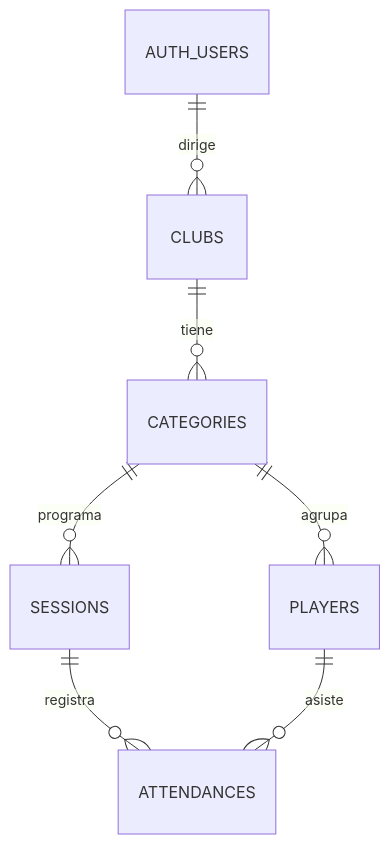
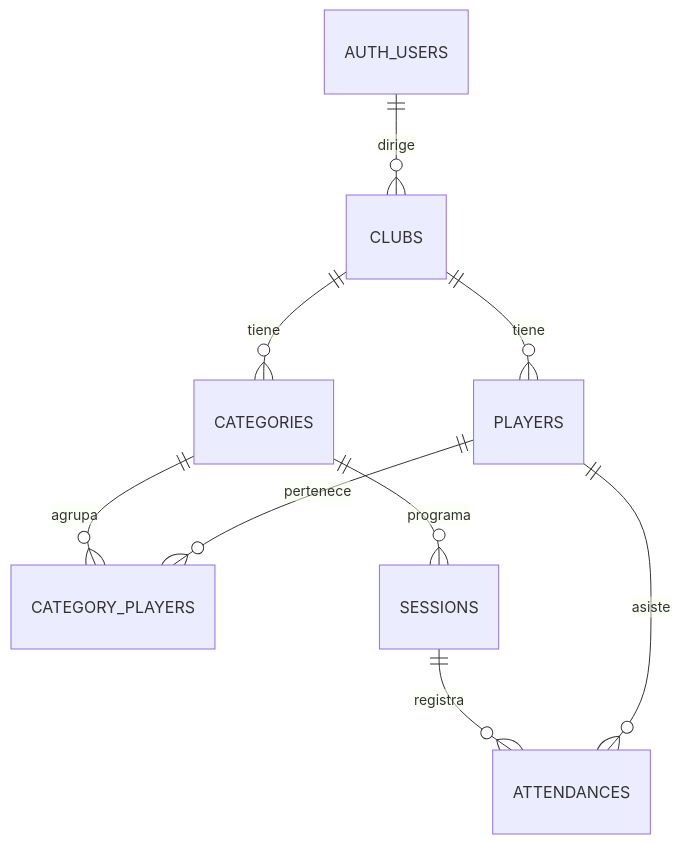
The first of 2 diagrams in docs/PRD.md (Stack-dos/asistencia-coach-basquet), drawn with Mermaid before and after one commit. The commit also changed other lines of this file, not shown here.

````diff
--- a/docs/PRD.md
+++ b/docs/PRD.md
@@ -173,9 +145,11 @@
 ```mermaid
 erDiagram
     AUTH_USERS ||--o{ CLUBS : dirige
     CLUBS ||--o{ CATEGORIES : tiene
-    CATEGORIES ||--o{ PLAYERS : agrupa
+    CLUBS ||--o{ PLAYERS : tiene
+    CATEGORIES ||--o{ CATEGORY_PLAYERS : agrupa
+    PLAYERS ||--o{ CATEGORY_PLAYERS : pertenece
     CATEGORIES ||--o{ SESSIONS : programa
     SESSIONS ||--o{ ATTENDANCES : registra
     PLAYERS ||--o{ ATTENDANCES : asiste
 ```
````
